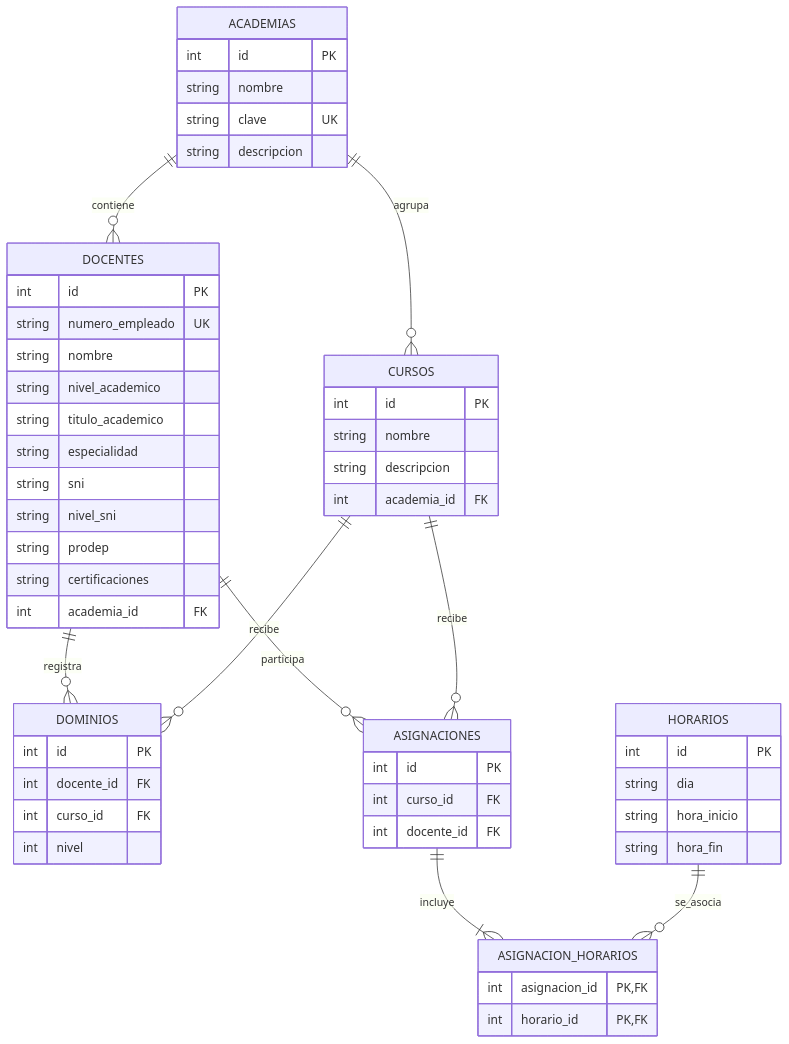
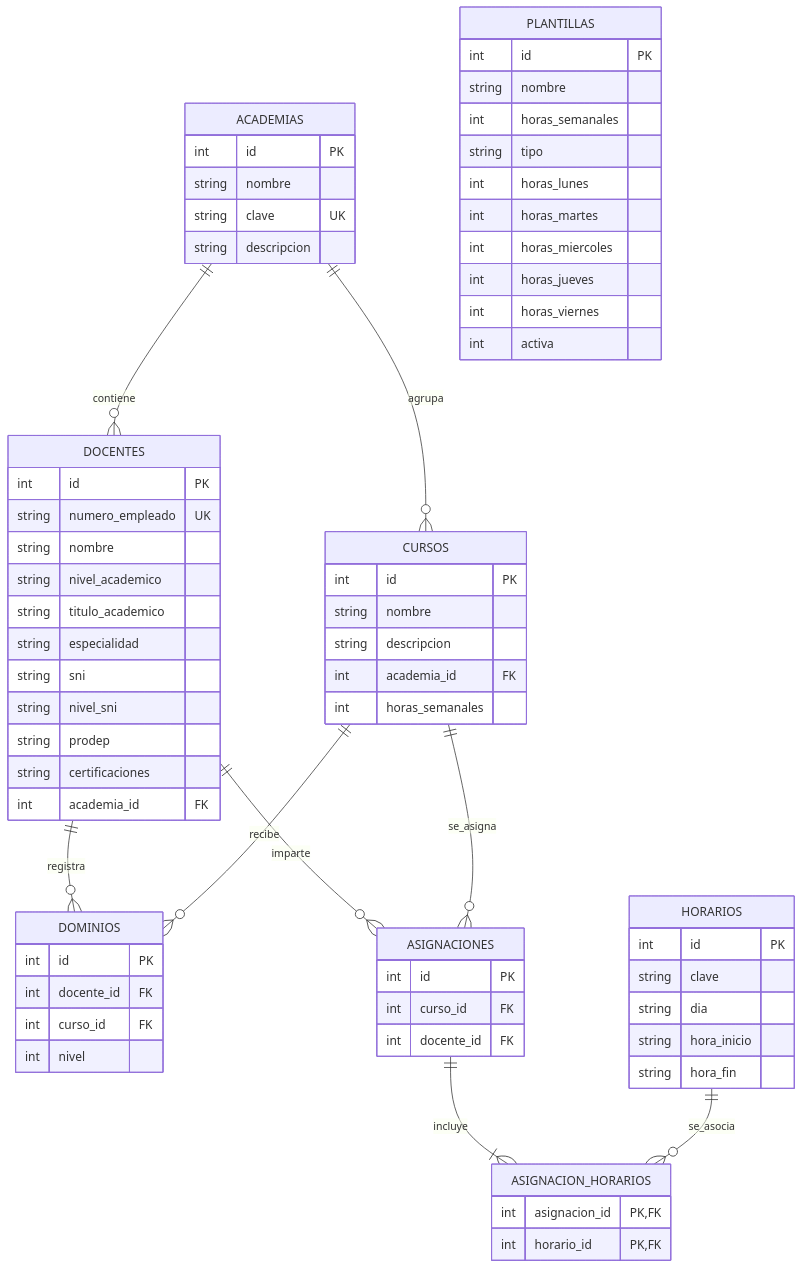
One commit to kevin-coronado-carmona-201398/sistema-gestion-docentes changed the second of 2 diagrams in levantamiento_requerimientos.md. Above: the diagram before and after it, drawn with Mermaid. The commit also changed other lines of this file and 7 other files, not shown here.

Commit message:
modified:   README.md 	modified:   asignacion.html 	modified:   db/app.db 	modified:   js/asignaciones.js 	modified:   js/cursos.js 	modified:   js/main.js 	modified:   levantamiento_requerimientos.md 	modified:   materias.html

````diff
--- a/levantamiento_requerimientos.md
+++ b/levantamiento_requerimientos.md
@@ -439,58 +695,72 @@
 ```mermaid
 erDiagram
     ACADEMIAS ||--o{ DOCENTES : contiene
     ACADEMIAS ||--o{ CURSOS : agrupa
     DOCENTES ||--o{ DOMINIOS : registra
     CURSOS ||--o{ DOMINIOS : recibe
-    DOCENTES ||--o{ ASIGNACIONES : participa
-    CURSOS ||--o{ ASIGNACIONES : recibe
+    DOCENTES ||--o{ ASIGNACIONES : imparte
+    CURSOS ||--o{ ASIGNACIONES : se_asigna
     ASIGNACIONES ||--|{ ASIGNACION_HORARIOS : incluye
     HORARIOS ||--o{ ASIGNACION_HORARIOS : se_asocia
 
     ACADEMIAS {
         int id PK
         string nombre
         string clave UK
         string descripcion
     }
     DOCENTES {
         int id PK
         string numero_empleado UK
         string nombre
         string nivel_academico
         string titulo_academico
         string especialidad
         string sni
         string nivel_sni
         string prodep
         string certificaciones
         int academia_id FK
     }
     CURSOS {
         int id PK
         string nombre
         string descripcion
         int academia_id FK
+        int horas_semanales
     }
     DOMINIOS {
         int id PK
         int docente_id FK
         int curso_id FK
         int nivel
     }
     ASIGNACIONES {
         int id PK
         int curso_id FK
         int docente_id FK
     }
     HORARIOS {
         int id PK
+        string clave
         string dia
         string hora_inicio
         string hora_fin
     }
     ASIGNACION_HORARIOS {
         int asignacion_id PK, FK
         int horario_id PK, FK
     }
+    PLANTILLAS {
+        int id PK
+        string nombre
+        int horas_semanales
+        string tipo
+        int horas_lunes
+        int horas_martes
+        int horas_miercoles
+        int horas_jueves
+        int horas_viernes
+        int activa
+    }
 ```
````
